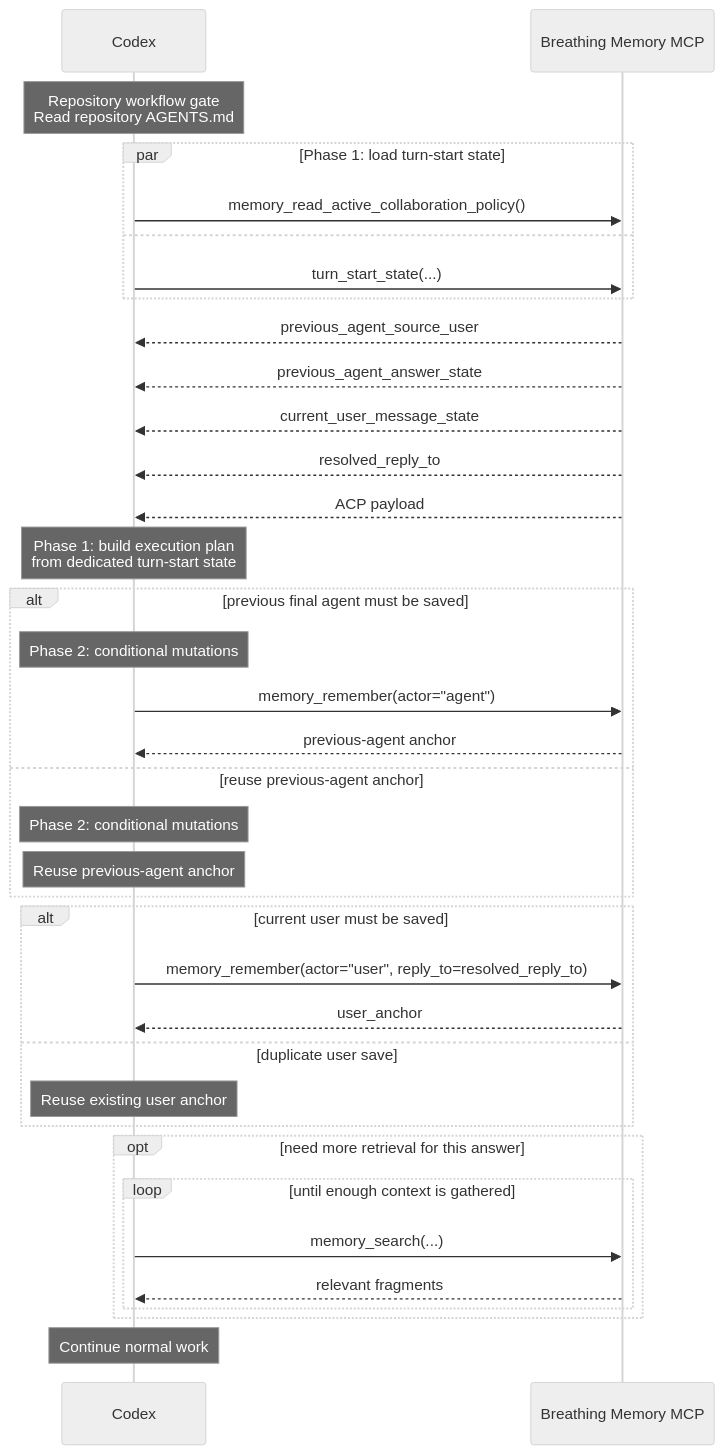
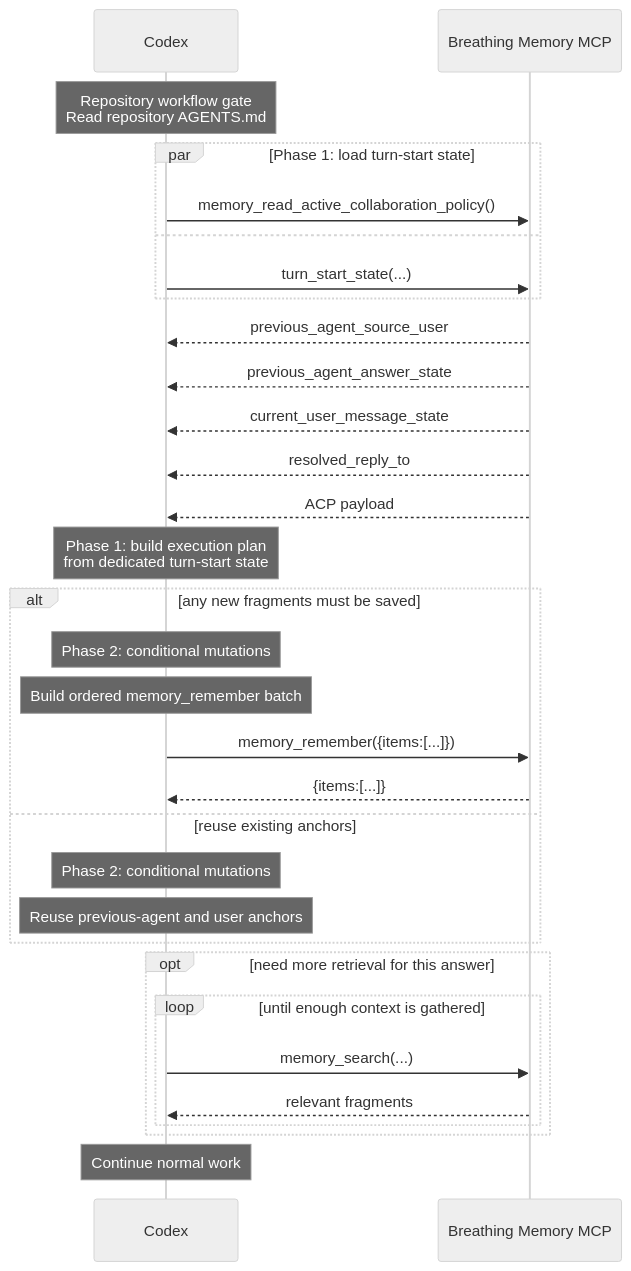
One commit to KazinaG/breathing_memory changed the first of 2 diagrams in docs/mcp-turn-flows.md. Above: the diagram before and after it, drawn with Mermaid (neutral theme). The commit also changed other lines of this file, not shown here.

Commit message:
docs: update batched remember design

````diff
--- a/docs/mcp-turn-flows.md
+++ b/docs/mcp-turn-flows.md
@@ -40,46 +113,40 @@
 ```mermaid
 sequenceDiagram
     participant Codex
     participant BM as Breathing Memory MCP
 
     Note over Codex: Repository workflow gate<br/>Read repository AGENTS.md
 
     par Phase 1: load turn-start state
         Codex->>BM: memory_read_active_collaboration_policy()
     and
         Codex->>BM: turn_start_state(...)
     end
 
     BM-->>Codex: previous_agent_source_user
     BM-->>Codex: previous_agent_answer_state
     BM-->>Codex: current_user_message_state
     BM-->>Codex: resolved_reply_to
     BM-->>Codex: ACP payload
 
     Note over Codex: Phase 1: build execution plan<br/>from dedicated turn-start state
 
-    alt previous final agent must be saved
+    alt any new fragments must be saved
         Note over Codex: Phase 2: conditional mutations
-        Codex->>BM: memory_remember(actor="agent")
-        BM-->>Codex: previous-agent anchor
-    else reuse previous-agent anchor
+        Note over Codex: Build ordered memory_remember batch
+        Codex->>BM: memory_remember({items:[...]})
+        BM-->>Codex: {items:[...]}
+    else reuse existing anchors
         Note over Codex: Phase 2: conditional mutations
-        Note over Codex: Reuse previous-agent anchor
-    end
-
-    alt current user must be saved
-        Codex->>BM: memory_remember(actor="user", reply_to=resolved_reply_to)
-        BM-->>Codex: user_anchor
-    else duplicate user save
-        Note over Codex: Reuse existing user anchor
+        Note over Codex: Reuse previous-agent and user anchors
     end
 
     opt need more retrieval for this answer
         loop until enough context is gathered
             Codex->>BM: memory_search(...)
             BM-->>Codex: relevant fragments
         end
     end
 
     Note over Codex: Continue normal work
 ```
````
